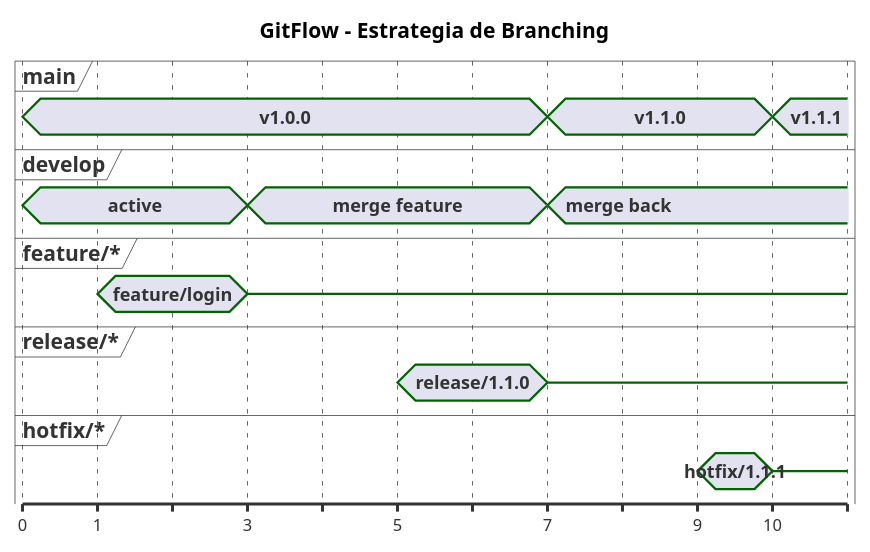
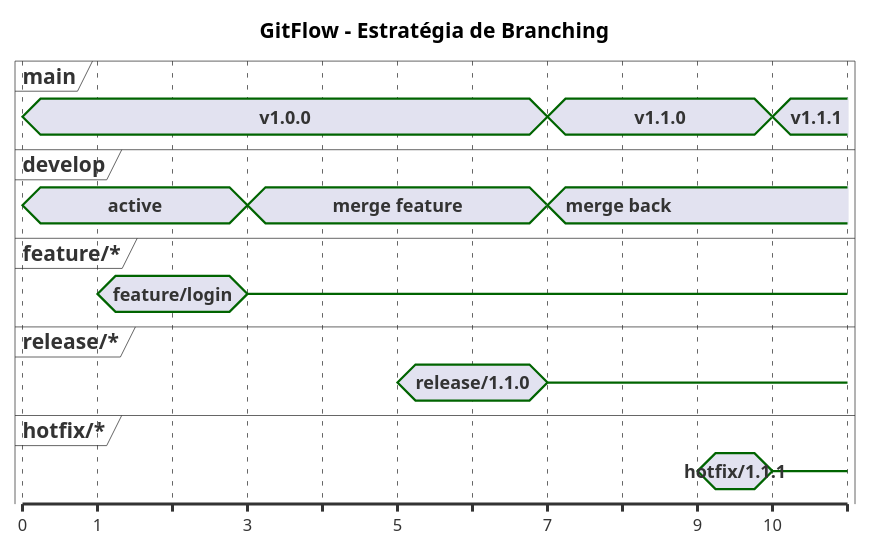
The third of 6 diagrams in current/definitions/DEF-10-arquitetura-operacional.md (beduardo/novobanco_website_doc), drawn with PlantUML before and after one commit. The commit also changed other lines of this file and 182 other files, not shown here.

````diff
--- a/current/definitions/DEF-10-arquitetura-operacional.md
+++ b/current/definitions/DEF-10-arquitetura-operacional.md
@@ -208,40 +208,40 @@
 ```plantuml
 @startuml
 skinparam backgroundColor white
 
-title GitFlow - Estrategia de Branching
+title GitFlow - Estratégia de Branching
 
 concise "main" as main
 concise "develop" as develop
 concise "feature/*" as feature
 concise "release/*" as release
 concise "hotfix/*" as hotfix
 
 @0
 main is "v1.0.0"
 develop is "active"
 
 @1
 feature is "feature/login"
 
 @3
 feature is {-}
 develop is "merge feature"
 
 @5
 release is "release/1.1.0"
 
 @7
 release is {-}
 main is "v1.1.0"
 develop is "merge back"
 
 @9
 hotfix is "hotfix/1.1.1"
 
 @10
 hotfix is {-}
 main is "v1.1.1"
 
 @enduml
 ```
````
